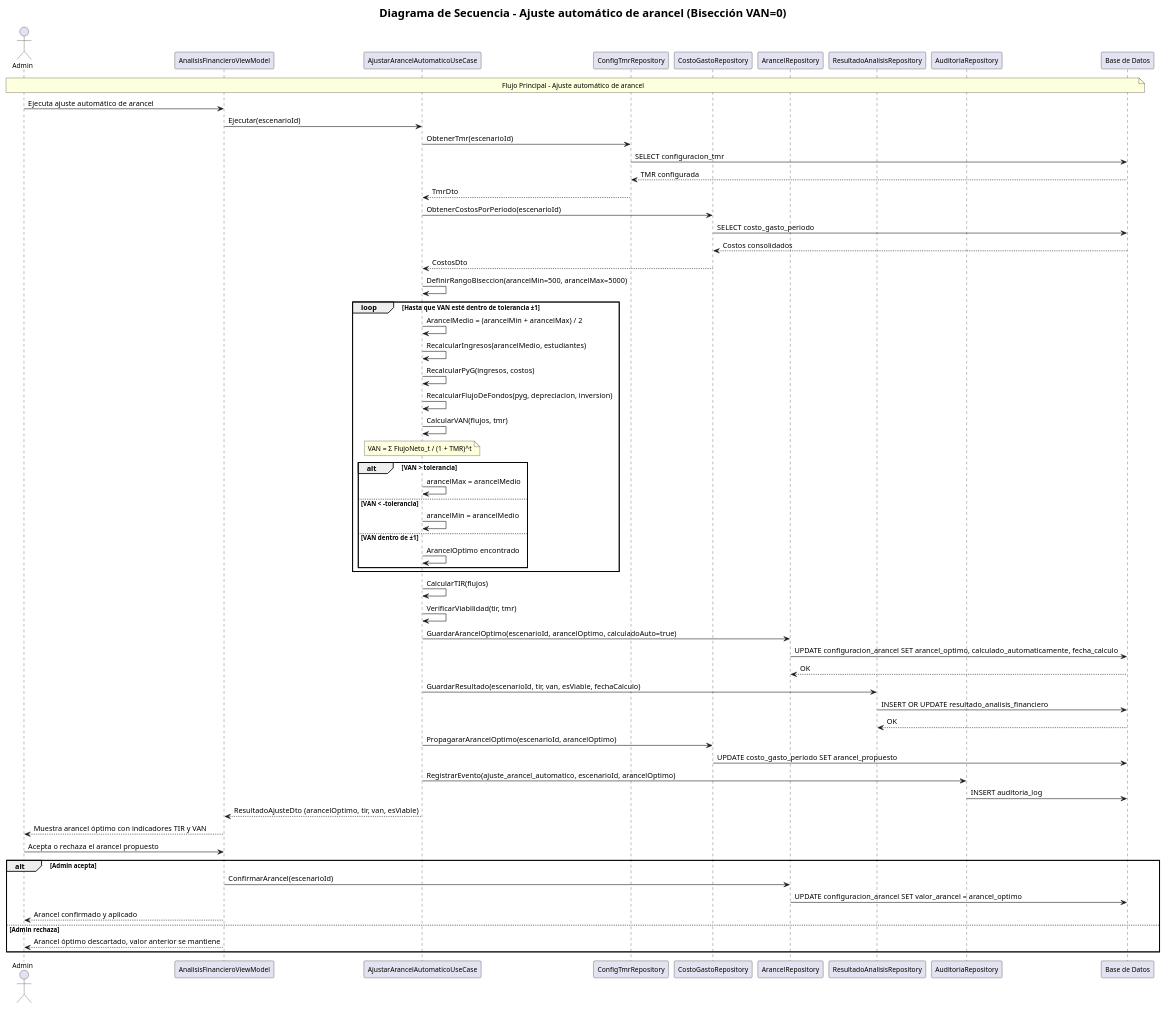
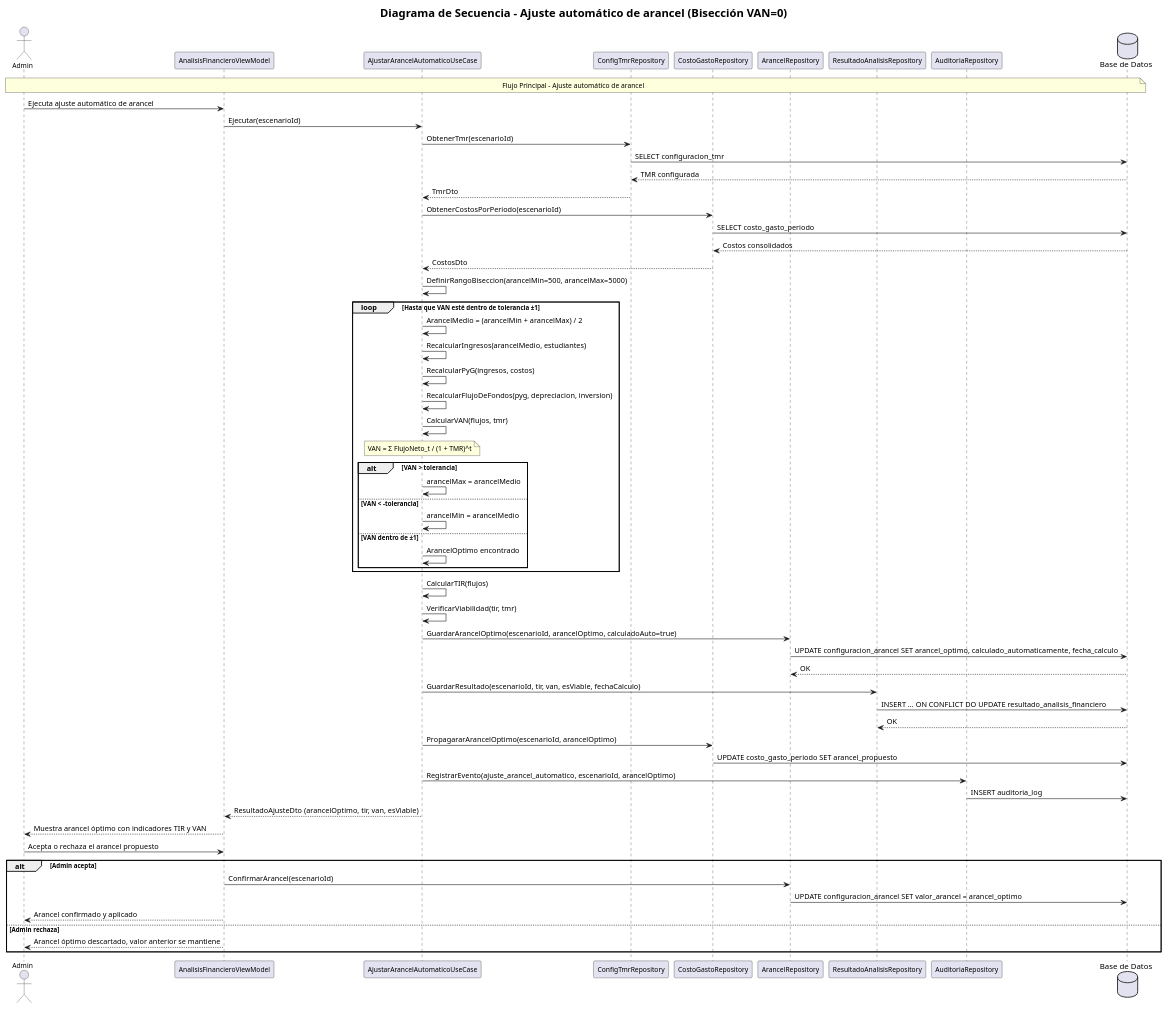
The diagram in src/Application/UseCases/Diagramas de Secuencia/Diagrama-Secuencia-9-Ajuste automático de arancel (bisección VAN=0).puml (Miguels5847/SistemaAranceles), drawn with PlantUML before and after one commit. The commit also changed 43 other files, not shown here.

Commit message:
Cambios y mejoras en Diagramas

```diff
--- a/src/Application/UseCases/Diagramas de Secuencia/Diagrama-Secuencia-9-Ajuste automático de arancel (bisección VAN=0).puml
+++ b/src/Application/UseCases/Diagramas de Secuencia/Diagrama-Secuencia-9-Ajuste automático de arancel (bisección VAN=0).puml
@@ -1,95 +1,95 @@
 @startuml
 title <b><size:20>Diagrama de Secuencia - Ajuste automático de arancel (Bisección VAN=0)</size></b>
 
 skinparam participant {
     FontSize 12
     FontStyle normal
 }
 skinparam actor {
     FontSize 12
     FontStyle normal
 }
 skinparam note {
     FontSize 12
 }
 
 actor "Admin"
 participant "AnalisisFinancieroViewModel"
 participant "AjustarArancelAutomaticoUseCase"
 participant "ConfigTmrRepository"
 participant "CostoGastoRepository"
 participant "ArancelRepository"
 participant "ResultadoAnalisisRepository"
 participant "AuditoriaRepository"
-participant "Base de Datos"
+database "Base de Datos" as db
 
-note over "Admin","Base de Datos"
+note over "Admin","db"
 Flujo Principal - Ajuste automático de arancel
 end note
 
 "Admin" -> "AnalisisFinancieroViewModel": Ejecuta ajuste automático de arancel
 "AnalisisFinancieroViewModel" -> "AjustarArancelAutomaticoUseCase": Ejecutar(escenarioId)
 
 "AjustarArancelAutomaticoUseCase" -> "ConfigTmrRepository": ObtenerTmr(escenarioId)
-"ConfigTmrRepository" -> "Base de Datos": SELECT configuracion_tmr
-"Base de Datos" --> "ConfigTmrRepository": TMR configurada
+"ConfigTmrRepository" -> "db": SELECT configuracion_tmr
+"db" --> "ConfigTmrRepository": TMR configurada
 "ConfigTmrRepository" --> "AjustarArancelAutomaticoUseCase": TmrDto
 
 "AjustarArancelAutomaticoUseCase" -> "CostoGastoRepository": ObtenerCostosPorPeriodo(escenarioId)
-"CostoGastoRepository" -> "Base de Datos": SELECT costo_gasto_periodo
-"Base de Datos" --> "CostoGastoRepository": Costos consolidados
+"CostoGastoRepository" -> "db": SELECT costo_gasto_periodo
+"db" --> "CostoGastoRepository": Costos consolidados
 "CostoGastoRepository" --> "AjustarArancelAutomaticoUseCase": CostosDto
 
 "AjustarArancelAutomaticoUseCase" -> "AjustarArancelAutomaticoUseCase": DefinirRangoBiseccion(arancelMin=500, arancelMax=5000)
 
 loop Hasta que VAN esté dentro de tolerancia ±1
     "AjustarArancelAutomaticoUseCase" -> "AjustarArancelAutomaticoUseCase": ArancelMedio = (arancelMin + arancelMax) / 2
     "AjustarArancelAutomaticoUseCase" -> "AjustarArancelAutomaticoUseCase": RecalcularIngresos(arancelMedio, estudiantes)
     "AjustarArancelAutomaticoUseCase" -> "AjustarArancelAutomaticoUseCase": RecalcularPyG(ingresos, costos)
     "AjustarArancelAutomaticoUseCase" -> "AjustarArancelAutomaticoUseCase": RecalcularFlujoDeFondos(pyg, depreciacion, inversion)
     "AjustarArancelAutomaticoUseCase" -> "AjustarArancelAutomaticoUseCase": CalcularVAN(flujos, tmr)
 
     note over "AjustarArancelAutomaticoUseCase"
     VAN = Σ FlujoNeto_t / (1 + TMR)^t
     end note
 
     alt VAN > tolerancia
         "AjustarArancelAutomaticoUseCase" -> "AjustarArancelAutomaticoUseCase": arancelMax = arancelMedio
     else VAN < -tolerancia
         "AjustarArancelAutomaticoUseCase" -> "AjustarArancelAutomaticoUseCase": arancelMin = arancelMedio
     else VAN dentro de ±1
         "AjustarArancelAutomaticoUseCase" -> "AjustarArancelAutomaticoUseCase": ArancelOptimo encontrado
     end
 end
 
 "AjustarArancelAutomaticoUseCase" -> "AjustarArancelAutomaticoUseCase": CalcularTIR(flujos)
 "AjustarArancelAutomaticoUseCase" -> "AjustarArancelAutomaticoUseCase": VerificarViabilidad(tir, tmr)
 
 "AjustarArancelAutomaticoUseCase" -> "ArancelRepository": GuardarArancelOptimo(escenarioId, arancelOptimo, calculadoAuto=true)
-"ArancelRepository" -> "Base de Datos": UPDATE configuracion_arancel SET arancel_optimo, calculado_automaticamente, fecha_calculo
-"Base de Datos" --> "ArancelRepository": OK
+"ArancelRepository" -> "db": UPDATE configuracion_arancel SET arancel_optimo, calculado_automaticamente, fecha_calculo
+"db" --> "ArancelRepository": OK
 
 "AjustarArancelAutomaticoUseCase" -> "ResultadoAnalisisRepository": GuardarResultado(escenarioId, tir, van, esViable, fechaCalculo)
-"ResultadoAnalisisRepository" -> "Base de Datos": INSERT OR UPDATE resultado_analisis_financiero
-"Base de Datos" --> "ResultadoAnalisisRepository": OK
+"ResultadoAnalisisRepository" -> "db": INSERT ... ON CONFLICT DO UPDATE resultado_analisis_financiero
+"db" --> "ResultadoAnalisisRepository": OK
 
 "AjustarArancelAutomaticoUseCase" -> "CostoGastoRepository": PropagararArancelOptimo(escenarioId, arancelOptimo)
-"CostoGastoRepository" -> "Base de Datos": UPDATE costo_gasto_periodo SET arancel_propuesto
+"CostoGastoRepository" -> "db": UPDATE costo_gasto_periodo SET arancel_propuesto
 
 "AjustarArancelAutomaticoUseCase" -> "AuditoriaRepository": RegistrarEvento(ajuste_arancel_automatico, escenarioId, arancelOptimo)
-"AuditoriaRepository" -> "Base de Datos": INSERT auditoria_log
+"AuditoriaRepository" -> "db": INSERT auditoria_log
 
 "AjustarArancelAutomaticoUseCase" --> "AnalisisFinancieroViewModel": ResultadoAjusteDto (arancelOptimo, tir, van, esViable)
 "AnalisisFinancieroViewModel" --> "Admin": Muestra arancel óptimo con indicadores TIR y VAN
 
 "Admin" -> "AnalisisFinancieroViewModel": Acepta o rechaza el arancel propuesto
 
 alt Admin acepta
     "AnalisisFinancieroViewModel" -> "ArancelRepository": ConfirmarArancel(escenarioId)
-    "ArancelRepository" -> "Base de Datos": UPDATE configuracion_arancel SET valor_arancel = arancel_optimo
+    "ArancelRepository" -> "db": UPDATE configuracion_arancel SET valor_arancel = arancel_optimo
     "AnalisisFinancieroViewModel" --> "Admin": Arancel confirmado y aplicado
 else Admin rechaza
     "AnalisisFinancieroViewModel" --> "Admin": Arancel óptimo descartado, valor anterior se mantiene
 end
 
 @enduml
```
